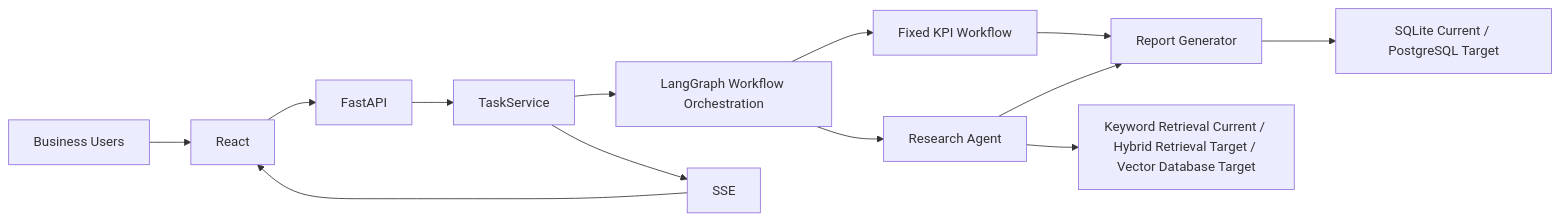
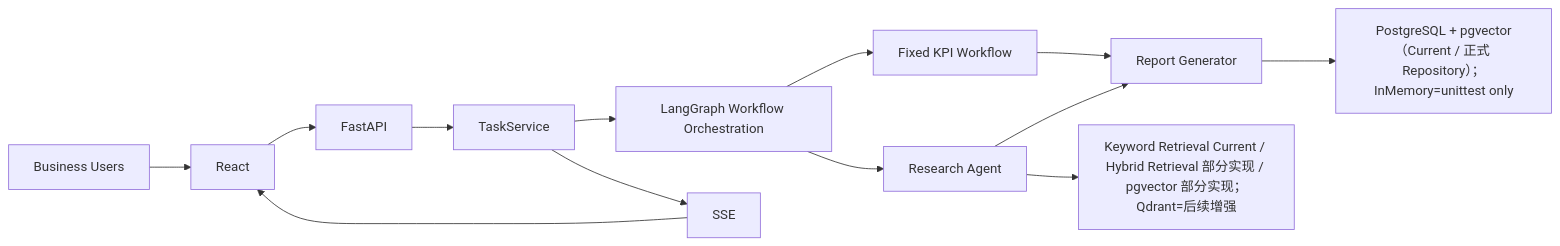
One commit to kurekako2017/vscode_study changed the first of 8 diagrams in ai-lab/ai-learn/retail-insight-ai/docs/ai-agent-retail-handbook-v3/09_系统设计书.md. Above: the diagram before and after it, drawn with Mermaid. The commit also changed other lines of this file and 24 other files, not shown here.

````diff
--- a/ai-lab/ai-learn/retail-insight-ai/docs/ai-agent-retail-handbook-v3/09_系统设计书.md
+++ b/ai-lab/ai-learn/retail-insight-ai/docs/ai-agent-retail-handbook-v3/09_系统设计书.md
@@ -246,15 +249,15 @@
 ```mermaid
 flowchart LR
     USER["Business Users"] --> FE["React"]
     FE --> API["FastAPI"]
     API --> TS["TaskService"]
     TS --> WF["LangGraph Workflow Orchestration"]
     WF --> KPI["Fixed KPI Workflow"]
     WF --> RA["Research Agent"]
     KPI --> RG["Report Generator"]
     RA --> RG
-    RG --> DATA["SQLite Current / PostgreSQL Target"]
+    RG --> DATA["PostgreSQL + pgvector（Current / 正式 Repository）；InMemory=unittest only"]
     TS --> SSE["SSE"]
     SSE --> FE
-    RA --> SEARCH["Keyword Retrieval Current / Hybrid Retrieval Target / Vector Database Target"]
+    RA --> SEARCH["Keyword Retrieval Current / Hybrid Retrieval 部分实现 / pgvector 部分实现；Qdrant=后续增强"]
 ```
````
